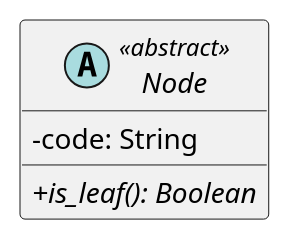
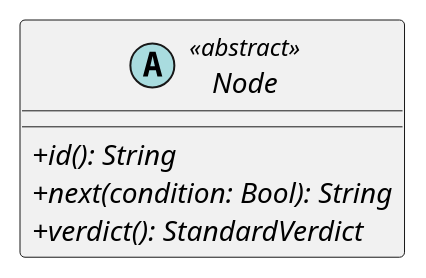
The diagram in src/PB/DocumentazioneEsterna/Specifica_Tecnica/content/uml/puml/Diagrammi_classi/Backend/Domain/Node.puml (GroupRubberDuck/Documentazione), drawn with PlantUML before and after one commit. The commit also changed 24 other files, not shown here.

```diff
--- a/src/PB/DocumentazioneEsterna/Specifica_Tecnica/content/uml/puml/Diagrammi_classi/Backend/Domain/Node.puml
+++ b/src/PB/DocumentazioneEsterna/Specifica_Tecnica/content/uml/puml/Diagrammi_classi/Backend/Domain/Node.puml
@@ -1,10 +1,11 @@
 @startuml Node
 skinparam linetype ortho
 skinparam classAttributeIconSize 0
 
 abstract class Node <<abstract>> {
-    - code: String
-    + {abstract} is_leaf(): Boolean
+    + {abstract} id(): String
+    + {abstract} next(condition: Bool): String
+    + {abstract} verdict(): StandardVerdict
 }
 
 @enduml
```
